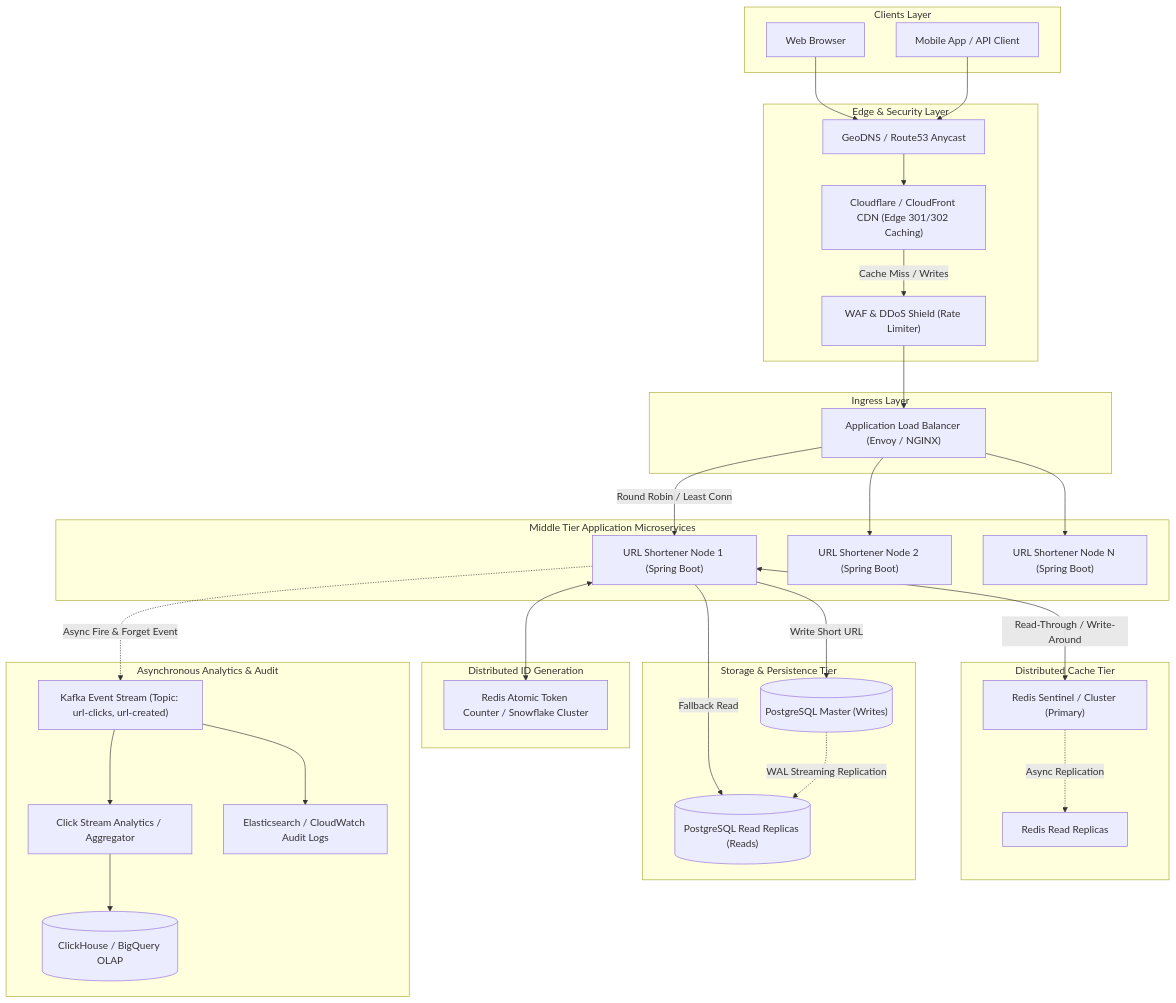
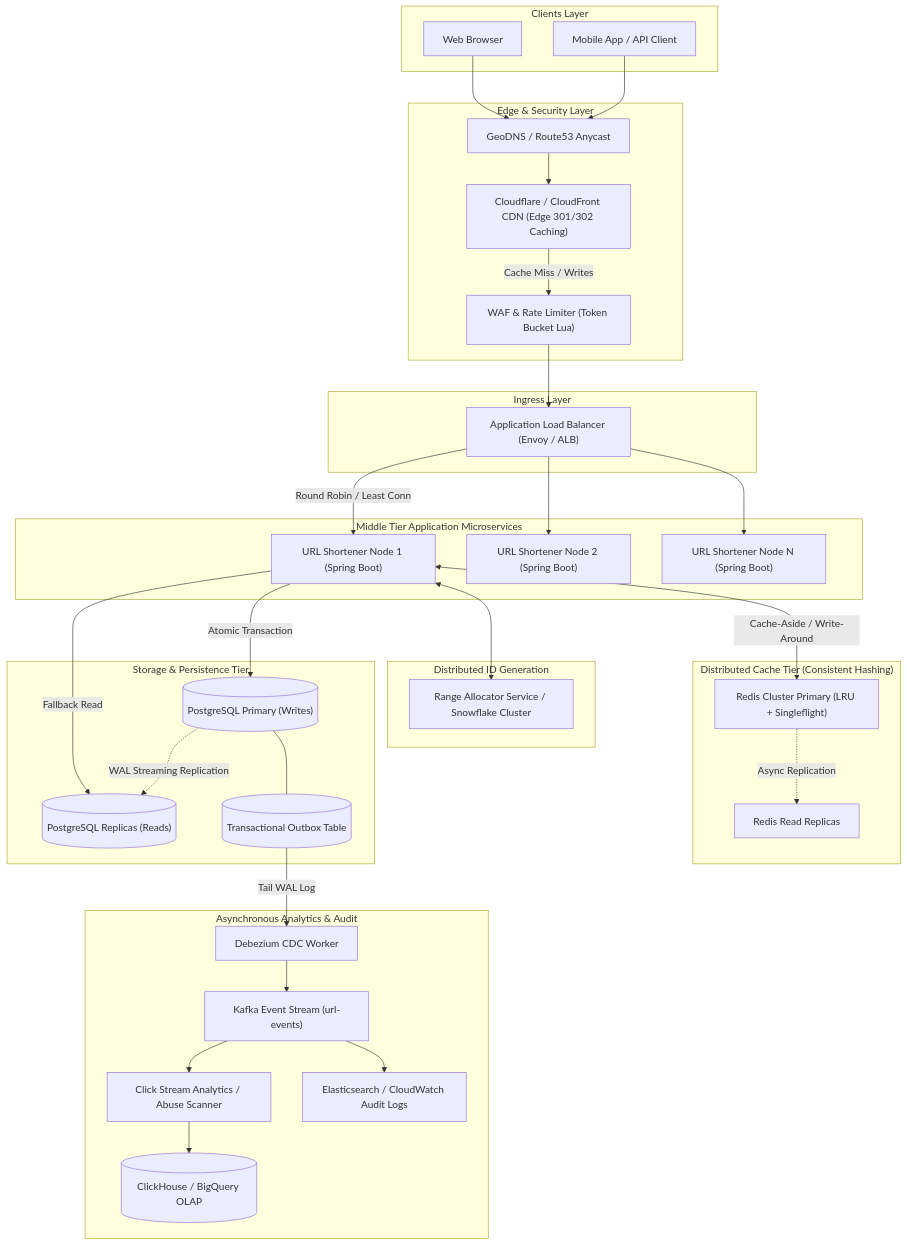
One commit to balasus1/leetcode changed the diagram in system-design/01_url_shortener_service.md. Above: the diagram before and after it, drawn with Mermaid. The commit also changed other lines of this file and 1 other file, not shown here.

Commit message:
feat: add system design architect framework and update url shortener documentation with latency metrics

````diff
--- a/system-design/01_url_shortener_service.md
+++ b/system-design/01_url_shortener_service.md
@@ -164,65 +336,68 @@
 ```mermaid
 flowchart TD
     subgraph Clients["Clients Layer"]
         Browser["Web Browser"]
         Mobile["Mobile App / API Client"]
     end
 
     subgraph Edge["Edge & Security Layer"]
         DNS["GeoDNS / Route53 Anycast"]
         CDN["Cloudflare / CloudFront CDN (Edge 301/302 Caching)"]
-        WAF["WAF & DDoS Shield (Rate Limiter)"]
+        WAF["WAF & Rate Limiter (Token Bucket Lua)"]
     end
 
     subgraph Ingress["Ingress Layer"]
-        ALB["Application Load Balancer (Envoy / NGINX)"]
+        ALB["Application Load Balancer (Envoy / ALB)"]
     end
 
     subgraph AppCluster["Middle Tier Application Microservices"]
         App1["URL Shortener Node 1 (Spring Boot)"]
         App2["URL Shortener Node 2 (Spring Boot)"]
         AppN["URL Shortener Node N (Spring Boot)"]
     end
 
     subgraph IDGen["Distributed ID Generation"]
-        RedisIncr["Redis Atomic Token Counter / Snowflake Cluster"]
+        TokenRange["Range Allocator Service / Snowflake Cluster"]
     end
 
-    subgraph CacheTier["Distributed Cache Tier"]
-        RedisPrimary["Redis Sentinel / Cluster (Primary)"]
+    subgraph CacheTier["Distributed Cache Tier (Consistent Hashing)"]
+        RedisMaster["Redis Cluster Primary (LRU + Singleflight)"]
         RedisReplica["Redis Read Replicas"]
     end
 
     subgraph Persistence["Storage & Persistence Tier"]
-        DBPrimary[("PostgreSQL Master (Writes)")]
-        DBReplica[("PostgreSQL Read Replicas (Reads)")]
+        DBMaster[("PostgreSQL Primary (Writes)")]
+        DBReplica[("PostgreSQL Replicas (Reads)")]
+        OutboxTable[("Transactional Outbox Table")]
     end
 
     subgraph AsyncPipeline["Asynchronous Analytics & Audit"]
-        Kafka["Kafka Event Stream (Topic: url-clicks, url-created)"]
-        FlinkWorker["Click Stream Analytics / Aggregator"]
+        CDC["Debezium CDC Worker"]
+        Kafka["Kafka Event Stream (url-events)"]
+        FlinkWorker["Click Stream Analytics / Abuse Scanner"]
         ClickHouse[("ClickHouse / BigQuery OLAP")]
         AuditLog["Elasticsearch / CloudWatch Audit Logs"]
     end
 
     Browser --> DNS
     Mobile --> DNS
     DNS --> CDN
     CDN -->|Cache Miss / Writes| WAF
     WAF --> ALB
     ALB -->|Round Robin / Least Conn| App1
     ALB --> App2
     ALB --> AppN
 
-    App1 <--> RedisIncr
-    App1 <-->|Read-Through / Write-Around| RedisPrimary
-    RedisPrimary -.->|Async Replication| RedisReplica
+    App1 <--> TokenRange
+    App1 <-->|Cache-Aside / Write-Around| RedisMaster
+    RedisMaster -.->|Async Replication| RedisReplica
 
-    App1 -->|Write Short URL| DBPrimary
+    App1 -->|Atomic Transaction| DBMaster
+    DBMaster --- OutboxTable
     App1 -->|Fallback Read| DBReplica
-    DBPrimary -.->|WAL Streaming Replication| DBReplica
+    DBMaster -.->|WAL Streaming Replication| DBReplica
 
-    App1 -.->|Async Fire & Forget Event| Kafka
+    OutboxTable -->|Tail WAL Log| CDC --> Kafka
     Kafka --> FlinkWorker --> ClickHouse
     Kafka --> AuditLog
 ```
````
